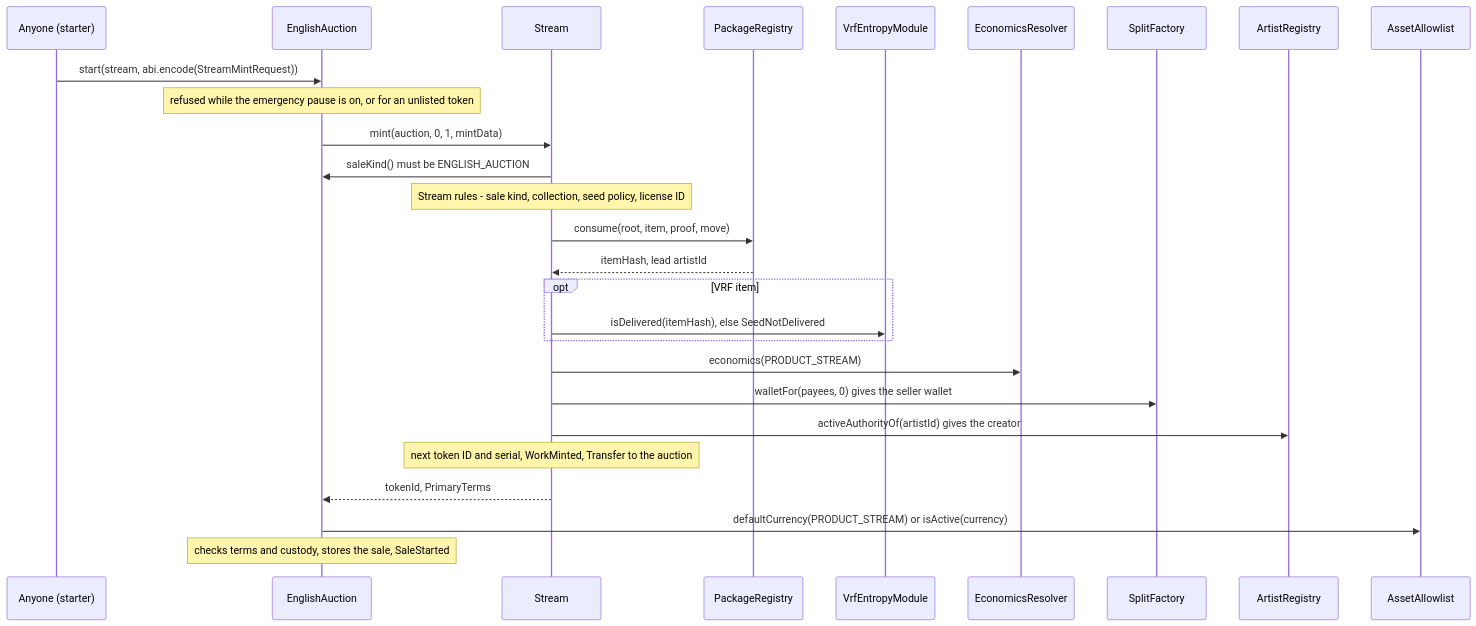
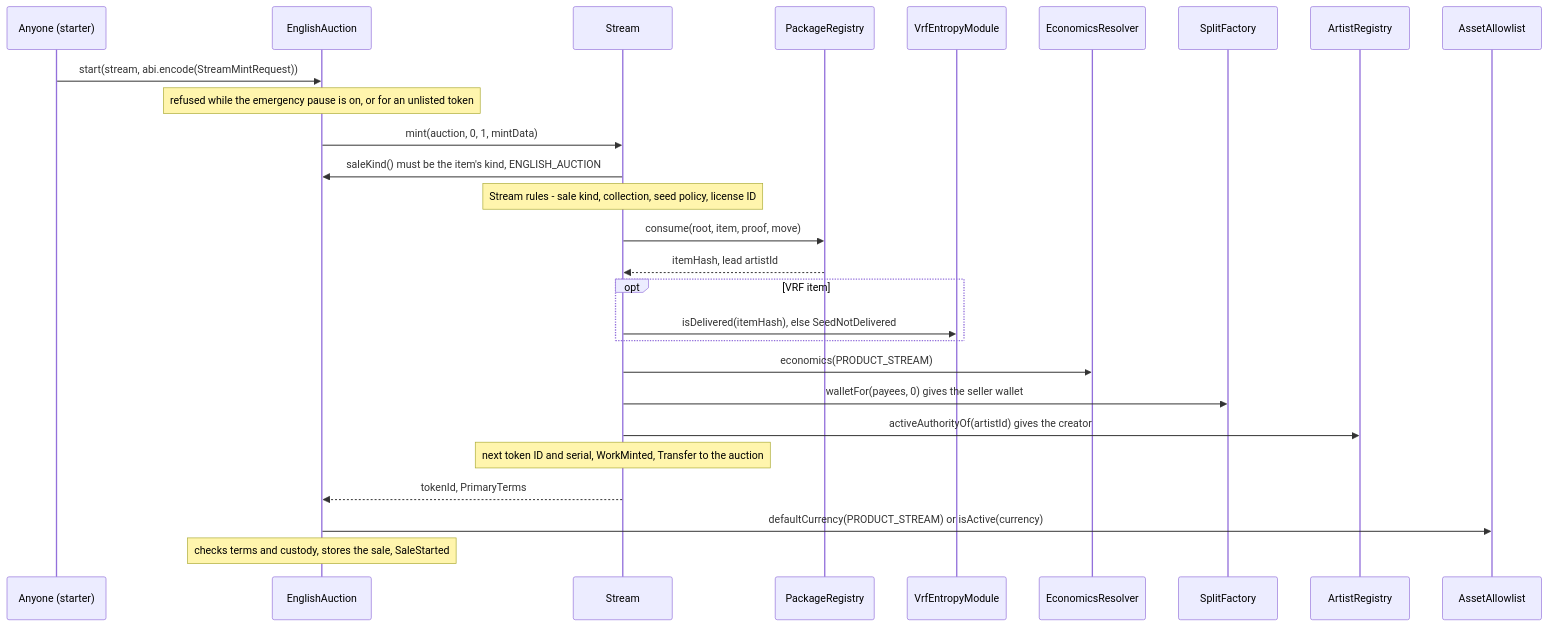
One commit to 6529-Collections/6529-works changed the fourth of 11 diagrams in docs/spec/stream-and-auctions.md. Above: the diagram before and after it, drawn with Mermaid. The commit also changed other lines of this file and 16 other files, not shown here.

First line of the commit message:
rc.2 L3 (3/3): make 6529 Stream's 1/1 sale pluggable (owner decision 15) (#80)

````diff
--- a/docs/spec/stream-and-auctions.md
+++ b/docs/spec/stream-and-auctions.md
@@ -208,29 +215,29 @@
 ```mermaid
 sequenceDiagram
     participant Anyone as Anyone (starter)
     participant Auction as EnglishAuction
     participant Stream as Stream
     participant Registry as PackageRegistry
     participant Entropy as VrfEntropyModule
     participant Econ as EconomicsResolver
     participant Factory as SplitFactory
     participant Artists as ArtistRegistry
     participant Allowlist as AssetAllowlist
     Anyone->>Auction: start(stream, abi.encode(StreamMintRequest))
     Note over Auction: refused while the emergency pause is on, or for an unlisted token
     Auction->>Stream: mint(auction, 0, 1, mintData)
-    Stream->>Auction: saleKind() must be ENGLISH_AUCTION
+    Stream->>Auction: saleKind() must be the item's kind, ENGLISH_AUCTION
     Note over Stream: Stream rules - sale kind, collection, seed policy, license ID
     Stream->>Registry: consume(root, item, proof, move)
     Registry-->>Stream: itemHash, lead artistId
     opt VRF item
         Stream->>Entropy: isDelivered(itemHash), else SeedNotDelivered
     end
     Stream->>Econ: economics(PRODUCT_STREAM)
     Stream->>Factory: walletFor(payees, 0) gives the seller wallet
     Stream->>Artists: activeAuthorityOf(artistId) gives the creator
     Note over Stream: next token ID and serial, WorkMinted, Transfer to the auction
     Stream-->>Auction: tokenId, PrimaryTerms
     Auction->>Allowlist: defaultCurrency(PRODUCT_STREAM) or isActive(currency)
     Note over Auction: checks terms and custody, stores the sale, SaleStarted
 ```
````
